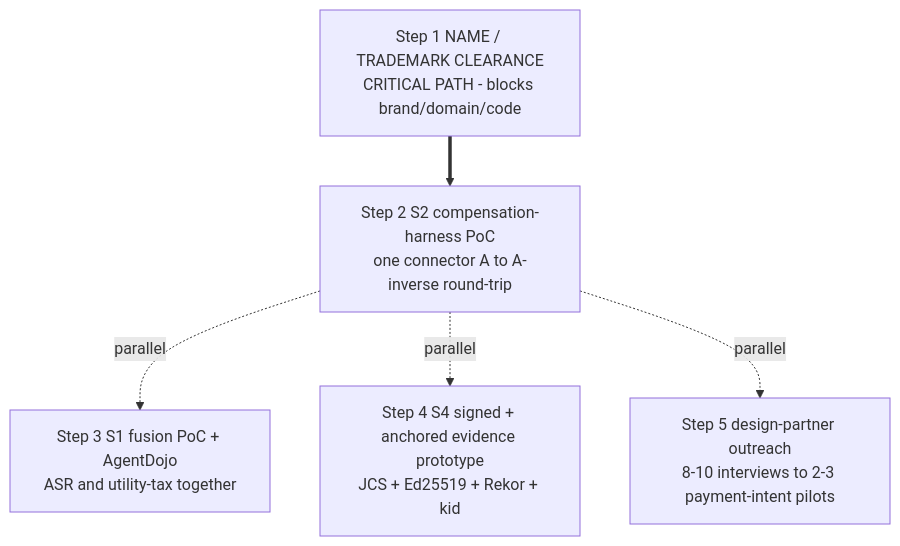
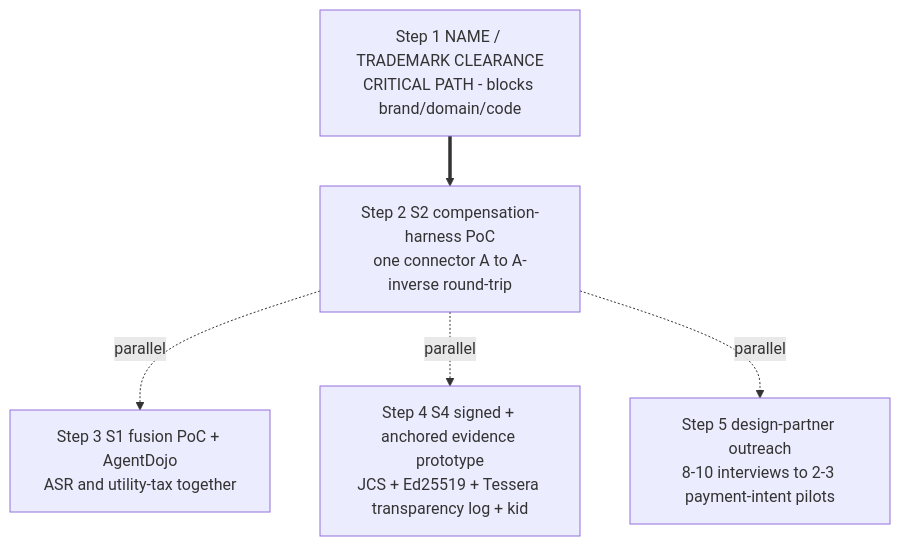
Before and after one commit to HodeTech/provna: the diagram in docs/roadmap/current.md, drawn with Mermaid. The commit also changed other lines of this file and 24 other files, not shown here.

````diff
--- a/docs/roadmap/current.md
+++ b/docs/roadmap/current.md
@@ -19,12 +19,12 @@
 ```mermaid
 flowchart TD
     S1["Step 1 NAME / TRADEMARK CLEARANCE\nCRITICAL PATH - blocks brand/domain/code"]
     S2["Step 2 S2 compensation-harness PoC\none connector A to A-inverse round-trip"]
     S3["Step 3 S1 fusion PoC + AgentDojo\nASR and utility-tax together"]
-    S4["Step 4 S4 signed + anchored evidence prototype\nJCS + Ed25519 + Rekor + kid"]
+    S4["Step 4 S4 signed + anchored evidence prototype\nJCS + Ed25519 + Tessera transparency log + kid"]
     S5["Step 5 design-partner outreach\n8-10 interviews to 2-3 payment-intent pilots"]
     S1 ==> S2
     S2 -. parallel .-> S3
     S2 -. parallel .-> S4
     S2 -. parallel .-> S5
 ```
````
